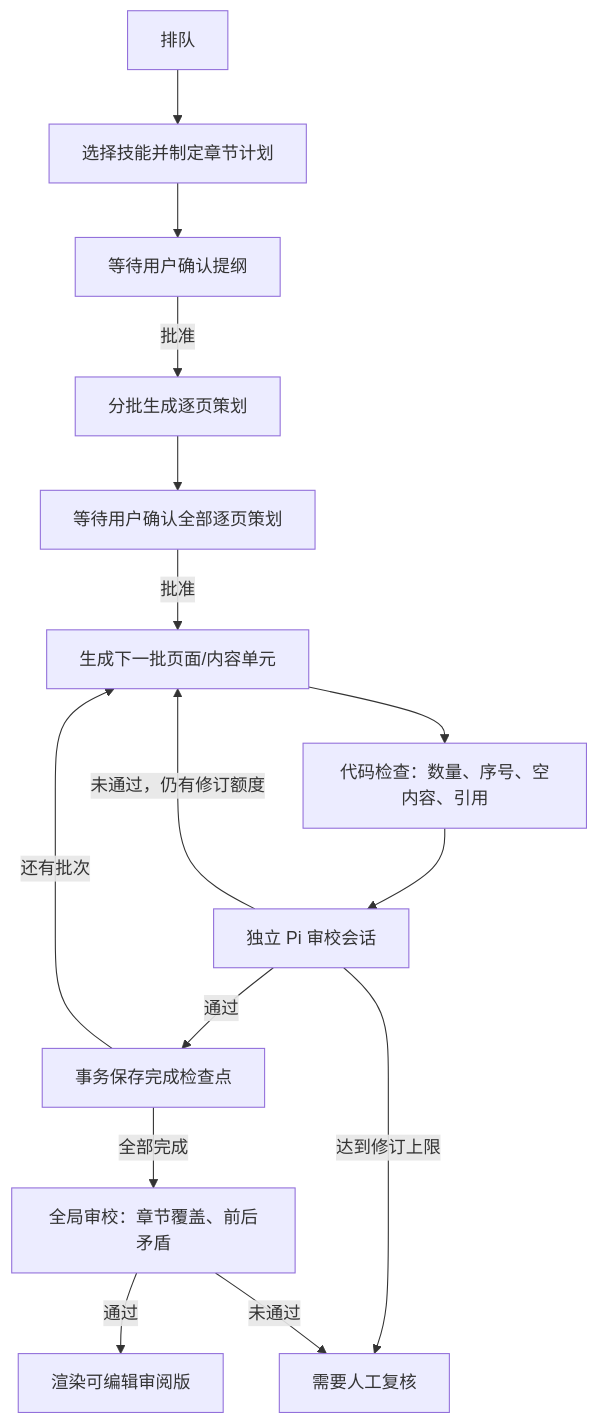
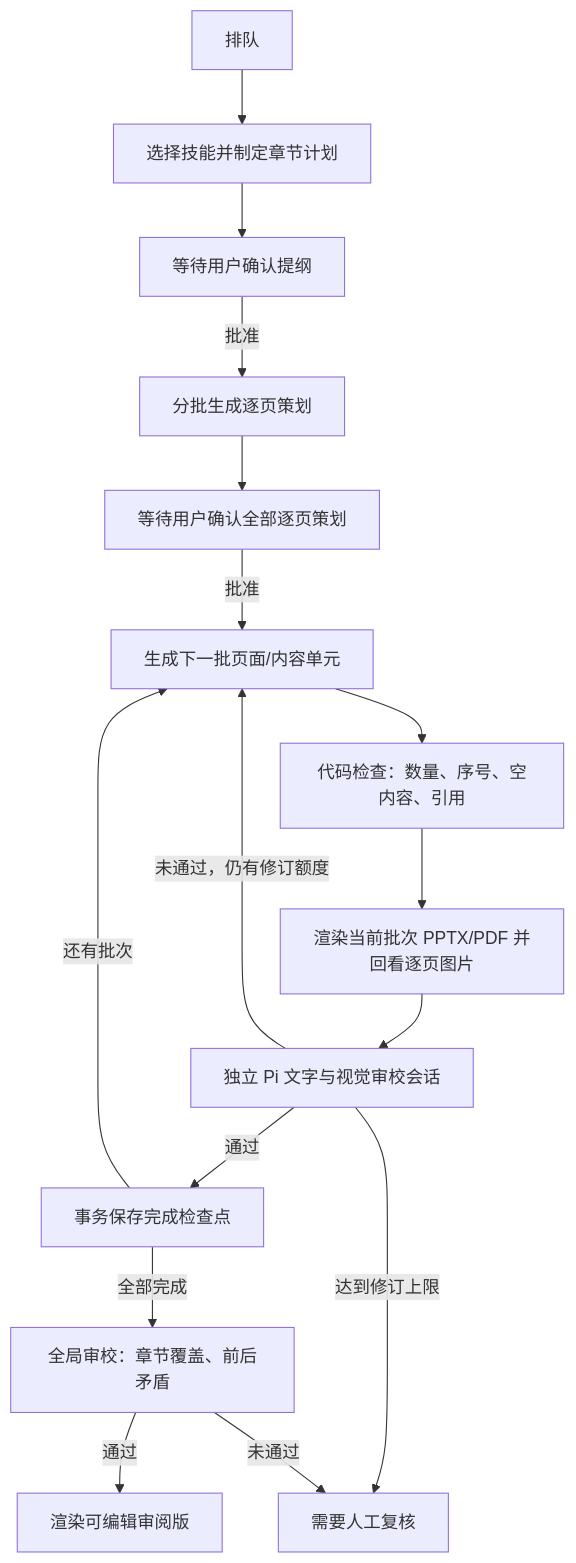
Before and after one commit to jingwenadc/archflow: the second of 2 diagrams in PRODUCT_DESIGN.md, drawn with Mermaid. The commit also changed other lines of this file and 18 other files, not shown here.

````diff
--- a/PRODUCT_DESIGN.md
+++ b/PRODUCT_DESIGN.md
@@ -22,17 +22,18 @@
 ```mermaid
 flowchart TD
     Q[排队] --> P[选择技能并制定章节计划]
     P --> A[等待用户确认提纲]
     A -->|批准| B[分批生成逐页策划]
     B --> S[等待用户确认全部逐页策划]
     S -->|批准| G[生成下一批页面/内容单元]
     G --> V[代码检查：数量、序号、空内容、引用]
-    V --> R[独立 Pi 审校会话]
+    V --> X[渲染当前批次 PPTX/PDF 并回看逐页图片]
+    X --> R[独立 Pi 文字与视觉审校会话]
     R -->|通过| C[事务保存完成检查点]
     R -->|未通过，仍有修订额度| G
     R -->|达到修订上限| H[需要人工复核]
     C -->|还有批次| G
     C -->|全部完成| F[全局审校：章节覆盖、前后矛盾]
     F -->|通过| D[渲染可编辑审阅版]
     F -->|未通过| H
 ```
````
